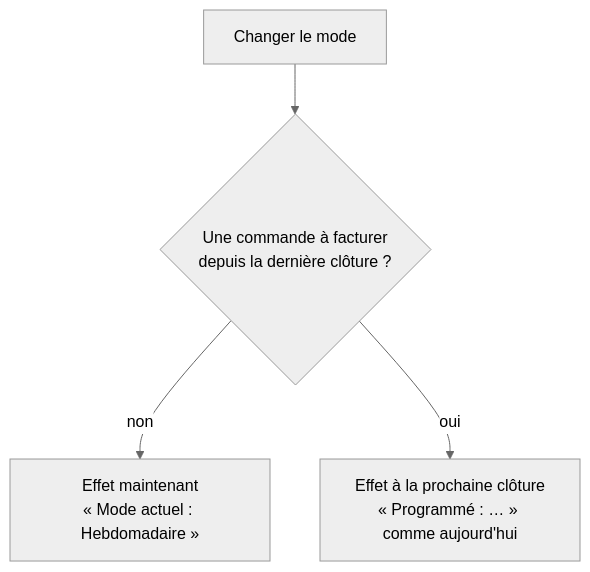
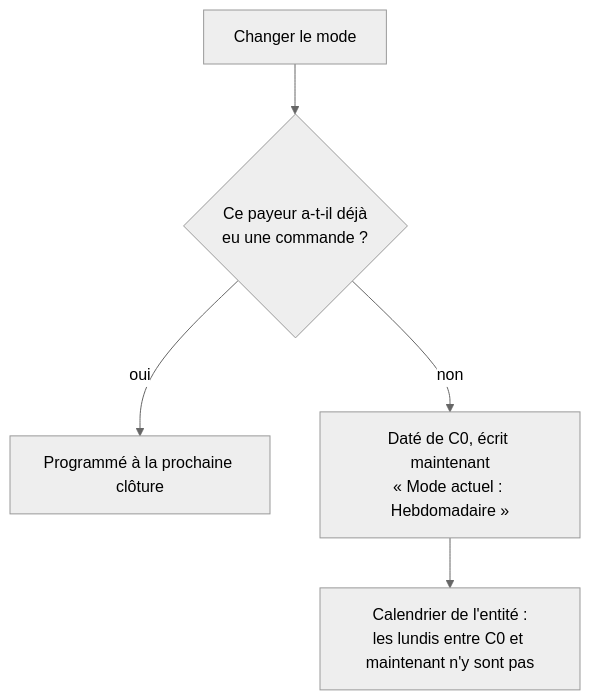
The diagram in documentation/comptabilite/facturation/plan-changement-de-mode-immediat.md (hugoheynard/lfd), drawn with Mermaid (neutral theme) before and after one commit. The commit also changed other lines of this file and 1 other file, not shown here.

Commit message:
docs: les corrections de vitruve sur les plans de l'idempotence et du mode immédiat

````diff
--- a/documentation/comptabilite/facturation/plan-changement-de-mode-immediat.md
+++ b/documentation/comptabilite/facturation/plan-changement-de-mode-immediat.md
@@ -44,6 +34,7 @@
 ```mermaid
 flowchart TD
-  G[Changer le mode] --> Q{Une commande à facturer<br/>depuis la dernière clôture ?}
-  Q -- non --> I[Effet maintenant<br/>« Mode actuel : Hebdomadaire »]
-  Q -- oui --> P[Effet à la prochaine clôture<br/>« Programmé : … » comme aujourd'hui]
+  G[Changer le mode] --> Q{Ce payeur a-t-il déjà<br/>eu une commande ?}
+  Q -- oui --> P[Programmé à la prochaine clôture]
+  Q -- non --> I[Daté de C0, écrit maintenant<br/>« Mode actuel : Hebdomadaire »]
+  I --> K[Calendrier de l'entité :<br/>les lundis entre C0 et maintenant n'y sont pas]
 ```
````
